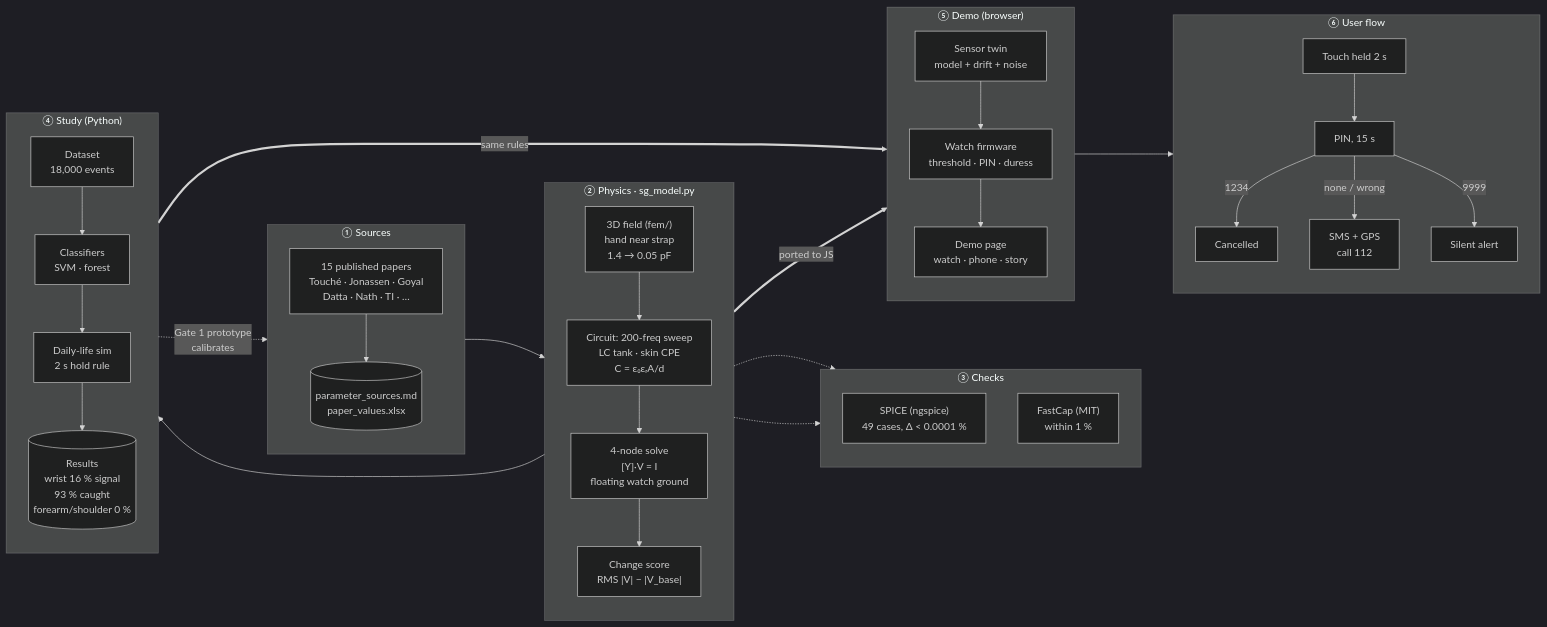
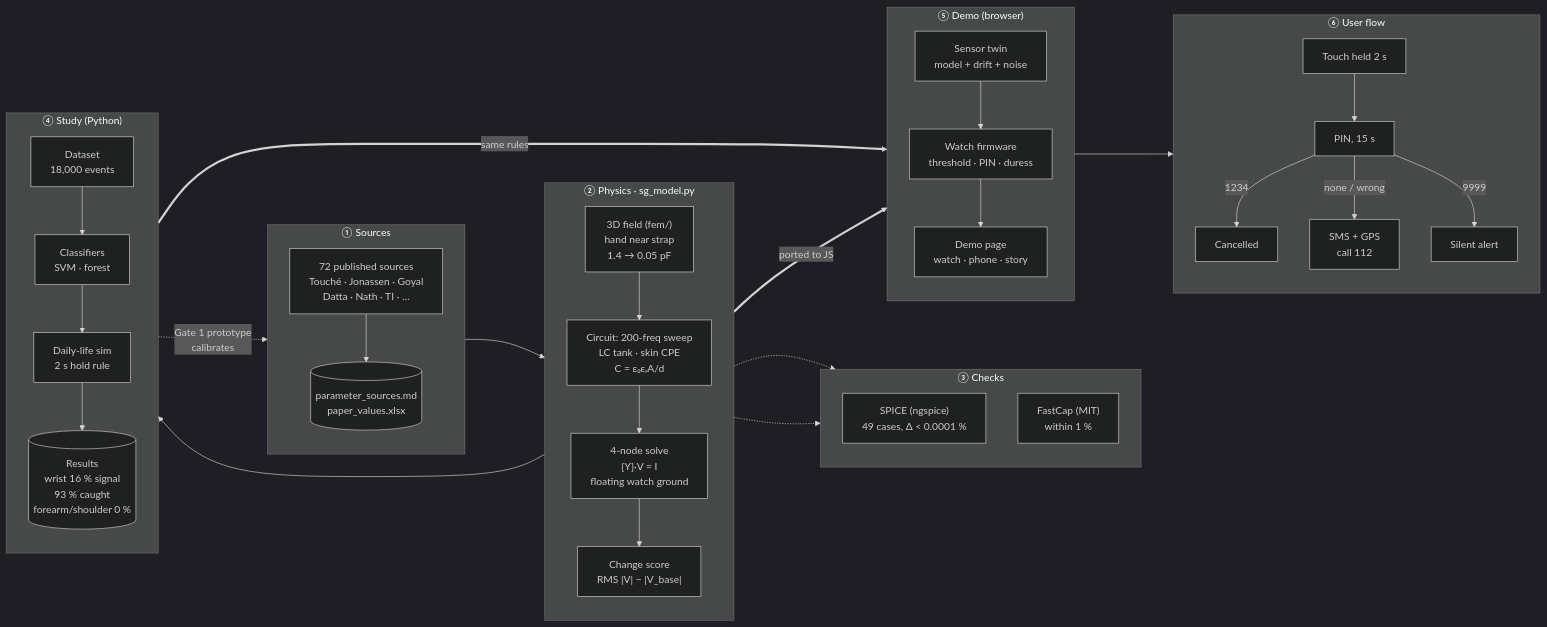
The diagram in docs/project_map.mmd (Bhajanth13/SparshaGuard), drawn with Mermaid (dark theme) before and after one commit. The commit also changed 34 other files, not shown here.

```diff
--- a/docs/project_map.mmd
+++ b/docs/project_map.mmd
@@ -1,59 +1,59 @@
 flowchart LR
   %% SparshaGuard project map, left to right: sources -> physics -> checks -> study -> demo
 
   subgraph S1["① Sources"]
     direction TB
-    PAP["15 published papers<br/>Touché · Jonassen · Goyal<br/>Datta · Nath · TI · …"]
+    PAP["72 published sources<br/>Touché · Jonassen · Goyal<br/>Datta · Nath · TI · …"]
     PAR[("parameter_sources.md<br/>paper_values.xlsx")]
     PAP --> PAR
   end
 
   subgraph S2["② Physics · sg_model.py"]
     direction TB
     CIR["Circuit: 200-freq sweep<br/>LC tank · skin CPE<br/>C = ε₀εᵣA/d"]
     SOL["4-node solve<br/>[Y]·V = I<br/>floating watch ground"]
     SCO["Change score<br/>RMS |V| − |V_base|"]
     BEM["3D field (fem/)<br/>hand near strap<br/>1.4 → 0.05 pF"]
     CIR --> SOL --> SCO
     BEM --> CIR
   end
 
   subgraph S3["③ Checks"]
     direction TB
     SPI["SPICE (ngspice)<br/>49 cases, Δ < 0.0001 %"]
     FCP["FastCap (MIT)<br/>within 1 %"]
   end
 
   subgraph S4["④ Study (Python)"]
     direction TB
     DAT["Dataset<br/>18,000 events"]
     ML["Classifiers<br/>SVM · forest"]
     LIFE["Daily-life sim<br/>2 s hold rule"]
     RES[("Results<br/>wrist 16 % signal<br/>93 % caught<br/>forearm/shoulder 0 %")]
     DAT --> ML --> LIFE --> RES
   end
 
   subgraph S5["⑤ Demo (browser)"]
     direction TB
     SEN["Sensor twin<br/>model + drift + noise"]
     FW["Watch firmware<br/>threshold · PIN · duress"]
     UI["Demo page<br/>watch · phone · story"]
     SEN --> FW --> UI
   end
 
   subgraph S6["⑥ User flow"]
     direction TB
     U1["Touch held 2 s"] --> U2["PIN, 15 s"]
     U2 -- "1234" --> U3["Cancelled"]
     U2 -- "none / wrong" --> U4["SMS + GPS<br/>call 112"]
     U2 -- "9999" --> U5["Silent alert"]
   end
 
   PAR --> CIR
   SOL -.-> SPI
   BEM -.-> FCP
   SCO --> DAT
   SCO == "ported to JS" ==> SEN
   LIFE == "same rules" ==> FW
   UI --> U1
   RES -. "Gate 1 prototype<br/>calibrates" .-> PAR
```
